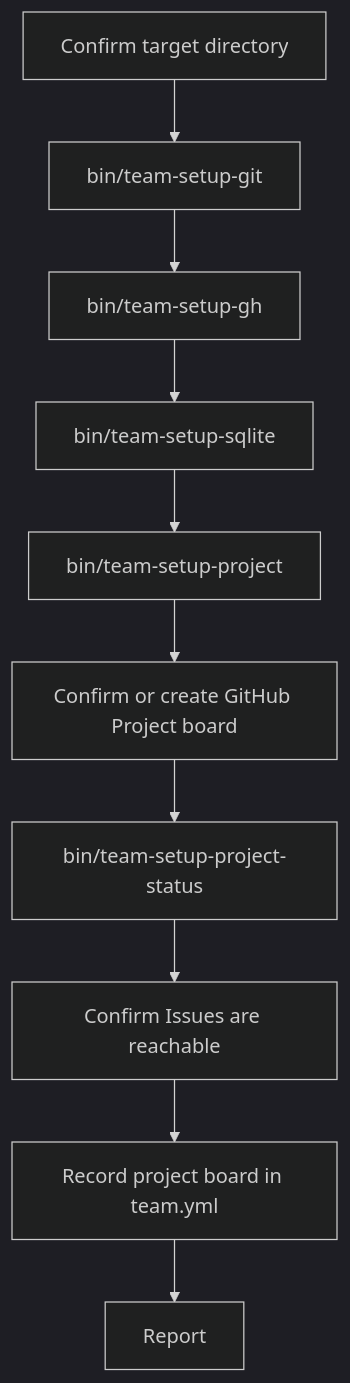
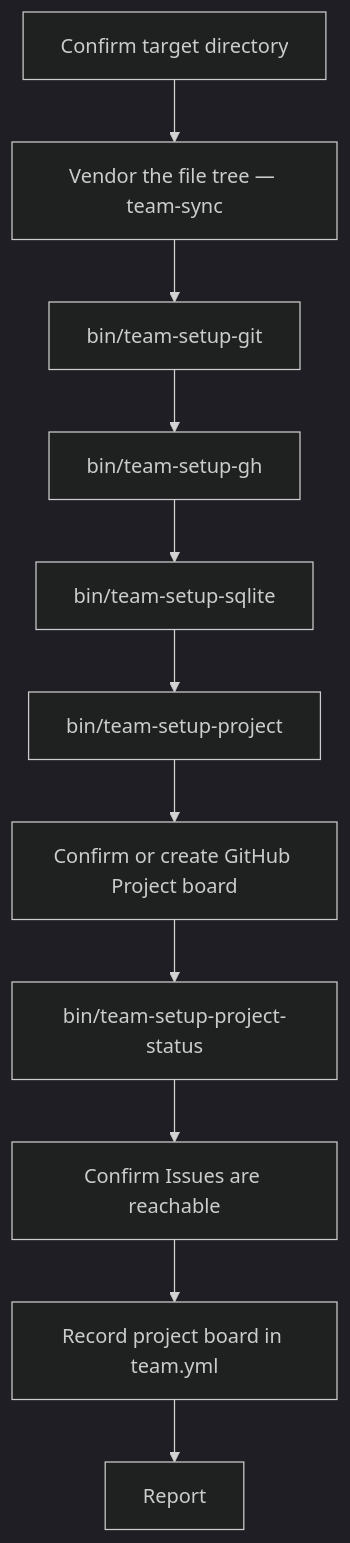
The diagram in docs/installer.md (revans/rails-agentic-engineering-team), drawn with Mermaid (dark theme) before and after one commit. The commit also changed other lines of this file and 9 other files, not shown here.

````diff
--- a/docs/installer.md
+++ b/docs/installer.md
@@ -11,12 +11,13 @@
 ```mermaid
 flowchart TD
-    A[Confirm target directory] --> B["bin/team-setup-git"]
+    A[Confirm target directory] --> A2[Vendor the file tree — team-sync]
+    A2 --> B["bin/team-setup-git"]
     B --> C["bin/team-setup-gh"]
     C --> D["bin/team-setup-sqlite"]
     D --> E["bin/team-setup-project"]
     E --> F[Confirm or create GitHub Project board]
     F --> F2["bin/team-setup-project-status"]
     F2 --> G[Confirm Issues are reachable]
     G --> H[Record project board in team.yml]
     H --> I[Report]
 ```
````
